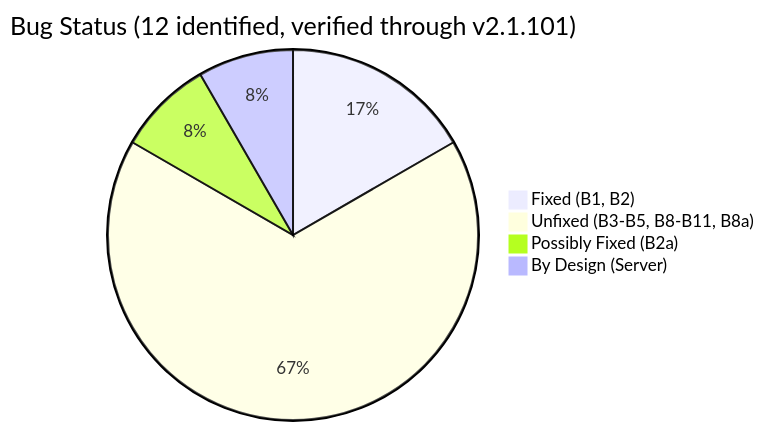
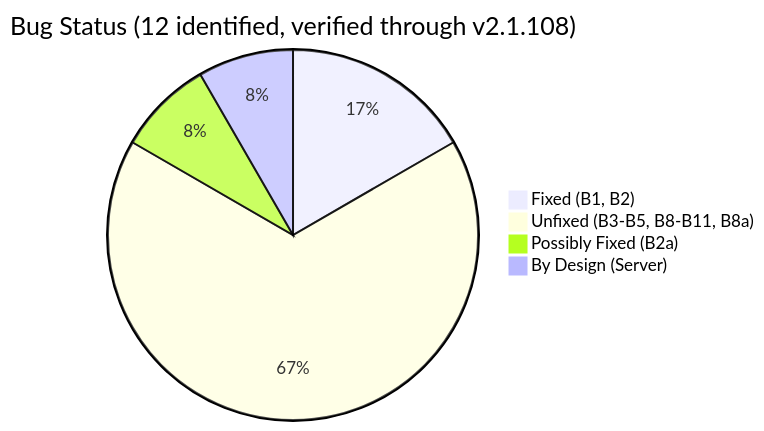
One commit to ArkNill/claude-code-hidden-problem-analysis changed the diagram in README.md. Above: the diagram before and after it, drawn with Mermaid. The commit also changed other lines of this file and 5 other files, not shown here.

Commit message:
Data refresh: 35,554 requests, 251 sessions, verified through v2.1.108

````diff
--- a/README.md
+++ b/README.md
@@ -102,7 +114,7 @@
 ```mermaid
-pie title Bug Status (12 identified, verified through v2.1.101)
+pie title Bug Status (12 identified, verified through v2.1.108)
     "Fixed (B1, B2)" : 2
     "Unfixed (B3-B5, B8-B11, B8a)" : 8
     "Possibly Fixed (B2a)" : 1
     "By Design (Server)" : 1
 ```
````
